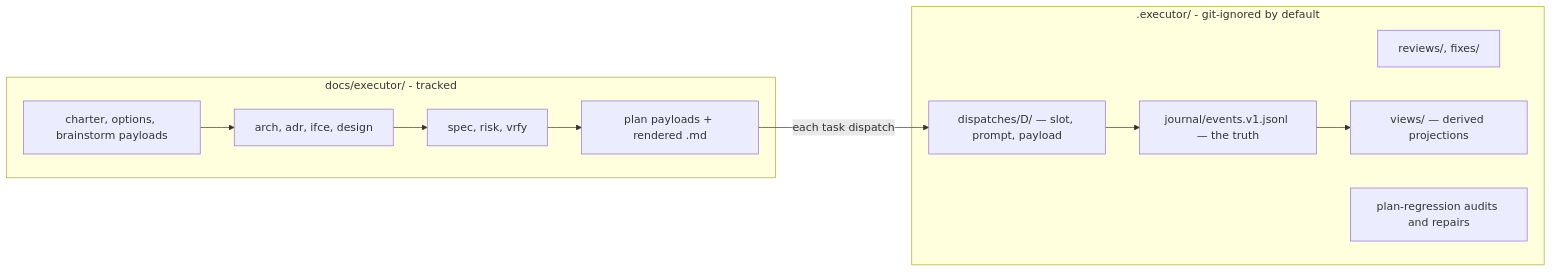
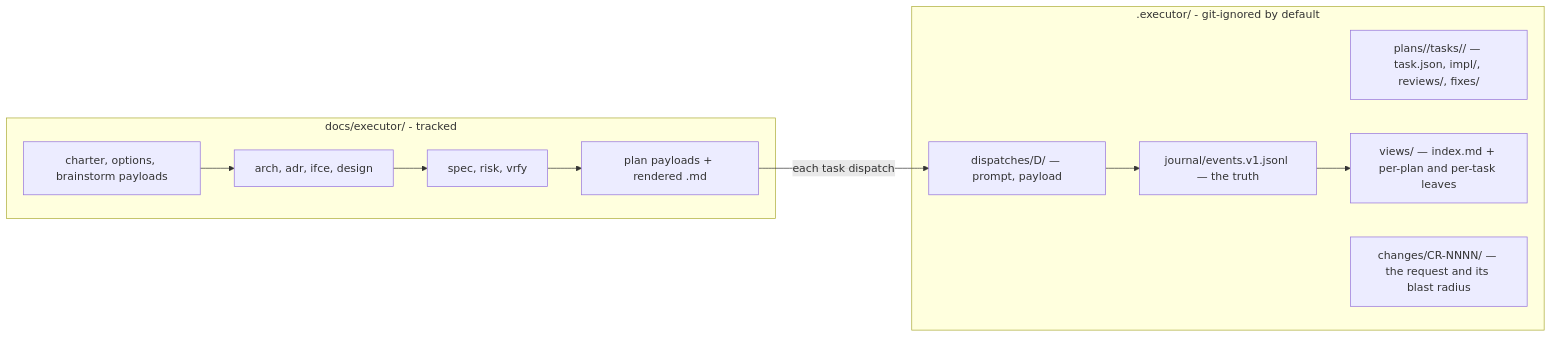
Before and after one commit to Atri10/executor: the seventh of 8 diagrams in README.md, drawn with Mermaid. The commit also changed other lines of this file and 59 other files, not shown here.

````diff
--- a/README.md
+++ b/README.md
@@ -491,18 +550,18 @@
 ```mermaid
 flowchart LR
     subgraph THINK["docs/executor/ - tracked"]
         C["charter, options, brainstorm payloads"] --> A["arch, adr, ifce, design"]
         A --> S["spec, risk, vrfy"]
         S --> P["plan payloads + rendered .md"]
     end
     subgraph EXEC[".executor/ - git-ignored by default"]
         J["journal/events.v1.jsonl — the truth"]
-        D["dispatches/D<NNNNN>/ — slot, prompt, payload"]
-        R["reviews/, fixes/"]
-        V["views/ — derived projections"]
-        PR["plan-regression audits and repairs"]
+        D["dispatches/D<NNNNN>/ — prompt, payload"]
+        R["plans/<PLAN>/tasks/<TASK>/ — task.json, impl/, reviews/, fixes/"]
+        V["views/ — index.md + per-plan and per-task leaves"]
+        CH["changes/CR-NNNN/ — the request and its blast radius"]
     end
     P -->|"each task dispatch"| D
     D --> J
     J --> V
 ```
````
